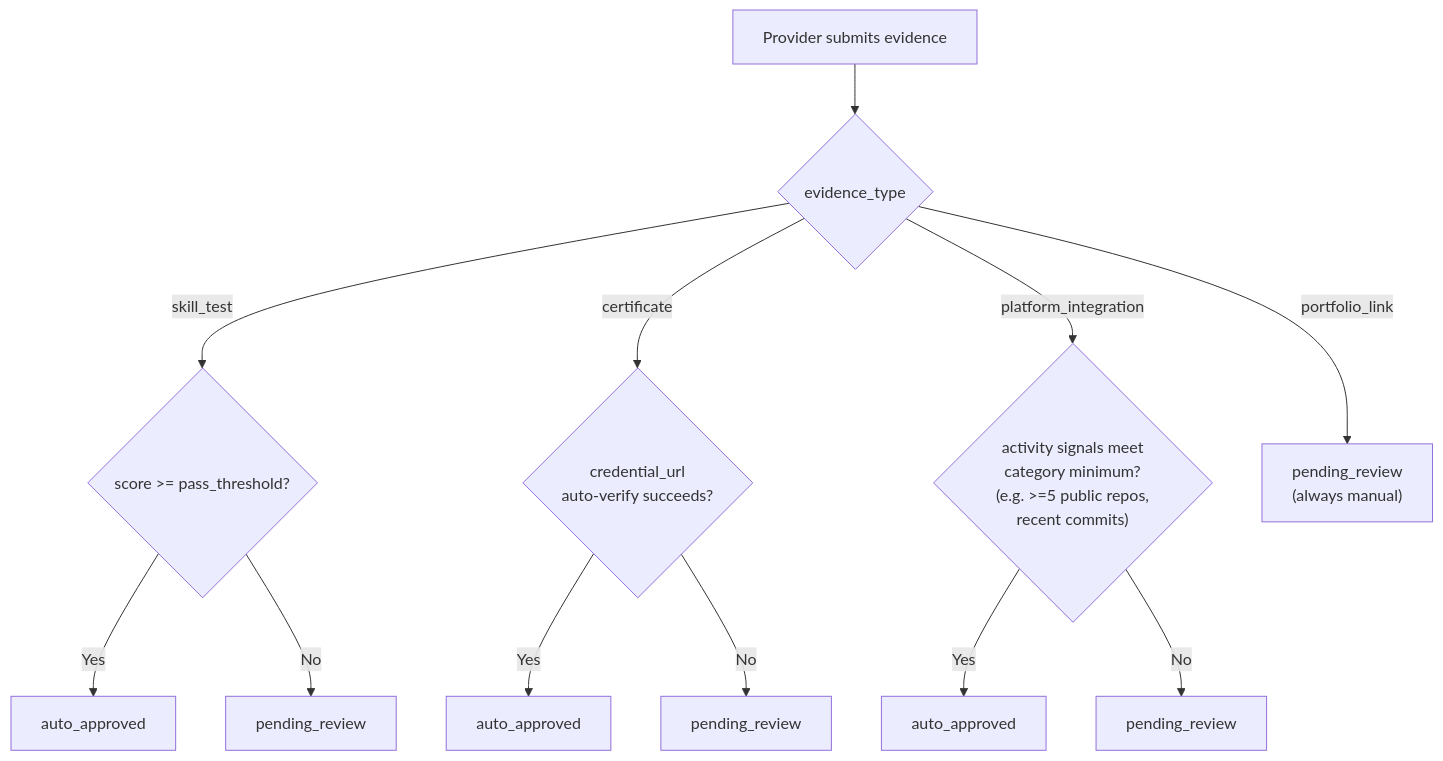
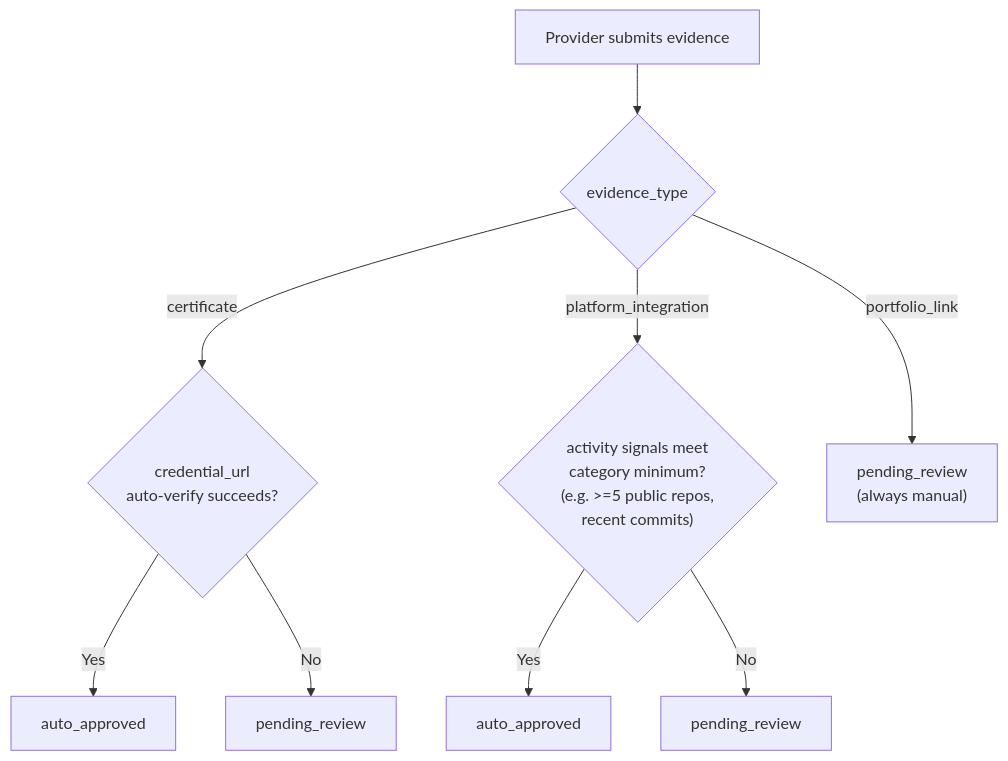
One commit to Ubaid123678/DO_IT_Platfom changed the seventh of 10 diagrams in docs/DO_IT_PROVIDER_ONBOARDING_skill_VERIFICATION_MERMAID.md. Above: the diagram before and after it, drawn with Mermaid. The commit also changed other lines of this file and 16 other files, not shown here.

````diff
--- a/docs/DO_IT_PROVIDER_ONBOARDING_skill_VERIFICATION_MERMAID.md
+++ b/docs/DO_IT_PROVIDER_ONBOARDING_skill_VERIFICATION_MERMAID.md
@@ -259,17 +255,19 @@
 ```mermaid
 flowchart TD
     Submit["Provider submits evidence"] --> Type{"evidence_type"}
-    Type -- skill_test --> T1{"score >= pass_threshold?"}
-    T1 -- Yes --> Auto1["auto_approved"]
-    T1 -- No --> Manual1["pending_review"]
 
-    Type -- certificate --> T2{"credential_url\nauto-verify succeeds?"}
+    Type -- certificate --> T2{"credential_url
+    auto-verify succeeds?"}
     T2 -- Yes --> Auto2["auto_approved"]
     T2 -- No --> Manual2["pending_review"]
 
-    Type -- platform_integration --> T3{"activity signals meet\ncategory minimum?\n(e.g. >=5 public repos,\nrecent commits)"}
+    Type -- platform_integration --> T3{"activity signals meet
+    category minimum?
+    (e.g. >=5 public repos,
+    recent commits)"}
     T3 -- Yes --> Auto3["auto_approved"]
     T3 -- No --> Manual3["pending_review"]
 
-    Type -- portfolio_link --> Manual4["pending_review\n(always manual)"]
+    Type -- portfolio_link --> Manual4["pending_review
+    (always manual)"]
 ```
````
